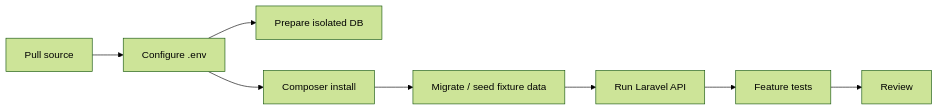
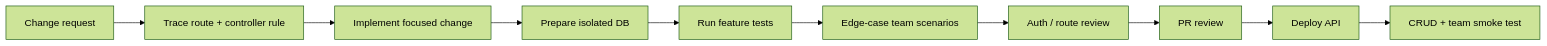
The fourth of 6 diagrams in docs/development-pipeline.md (HidayahMF/RestFullPlayerApi), drawn with Mermaid (forest theme) before and after one commit. The commit also changed other lines of this file, not shown here.

````diff
--- a/docs/development-pipeline.md
+++ b/docs/development-pipeline.md
@@ -56,10 +67,12 @@
 ```mermaid
 flowchart LR
-    SRC[Pull source] --> ENV[Configure .env]
-    ENV --> DB[Prepare isolated DB]
-    ENV --> PHP[Composer install]
-    PHP --> MIGRATE[Migrate / seed fixture data]
-    MIGRATE --> API[Run Laravel API]
-    API --> TEST[Feature tests]
-    TEST --> REVIEW[Review]
+    A[Change request] --> B[Trace route + controller rule]
+    B --> C[Implement focused change]
+    C --> D[Prepare isolated DB]
+    D --> E[Run feature tests]
+    E --> F[Edge-case team scenarios]
+    F --> G[Auth / route review]
+    G --> H[PR review]
+    H --> I[Deploy API]
+    I --> J[CRUD + team smoke test]
 ```
````
